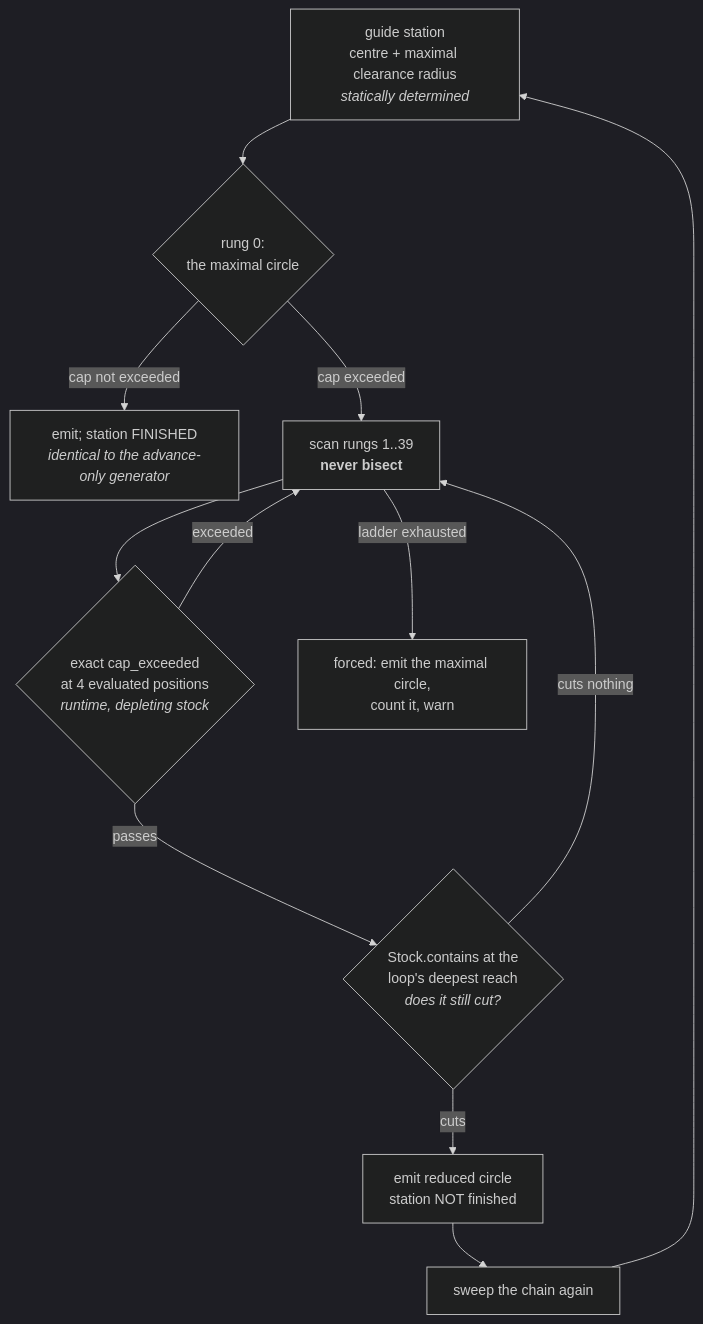
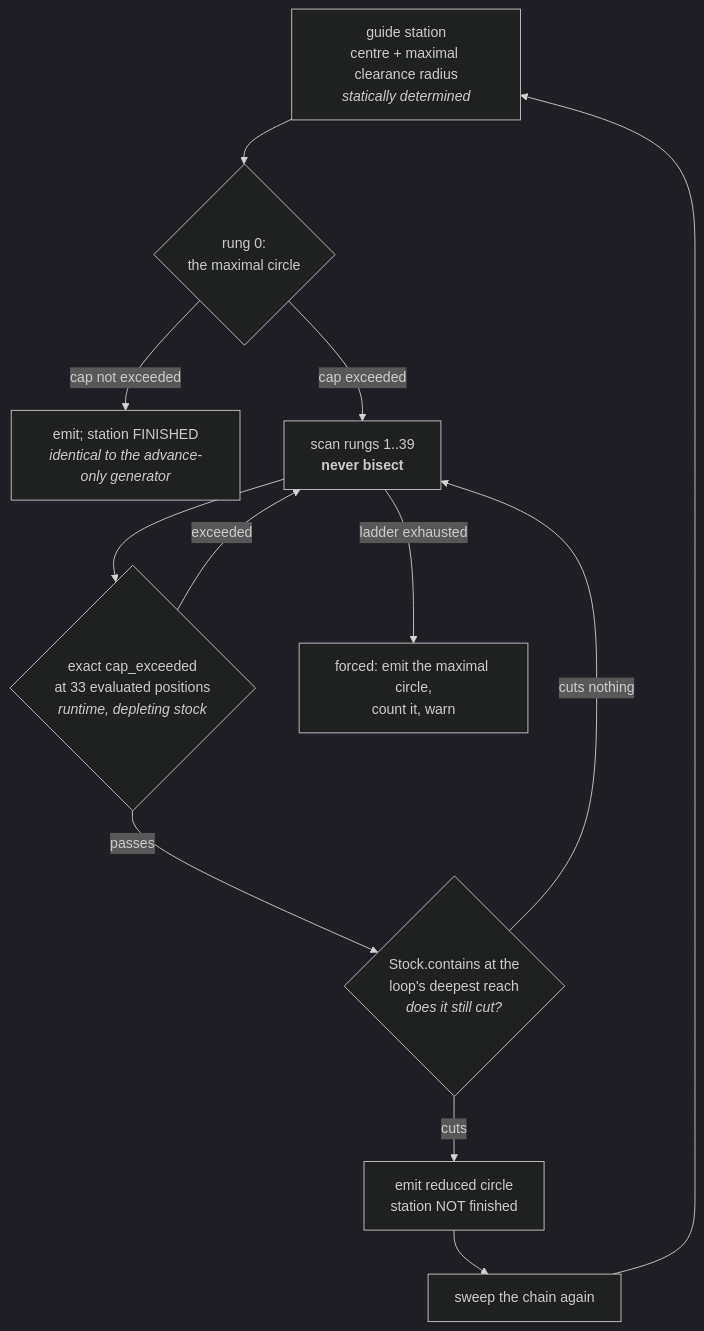
Before and after one commit to jf---/compas_cgal: the diagram in docs/radius_regulated_toolpath.md, drawn with Mermaid (dark theme). The commit also changed other lines of this file and 5 other files, not shown here.

````diff
--- a/docs/radius_regulated_toolpath.md
+++ b/docs/radius_regulated_toolpath.md
@@ -59,14 +73,14 @@
 ```mermaid
 flowchart TD
     A["guide station<br/>centre + maximal clearance radius<br/><i>statically determined</i>"] --> B{"rung 0:<br/>the maximal circle"}
     B -->|"cap not exceeded"| E["emit; station FINISHED<br/><i>identical to the advance-only generator</i>"]
     B -->|"cap exceeded"| C["scan rungs 1..39<br/><b>never bisect</b>"]
-    C --> D{"exact cap_exceeded<br/>at 4 evaluated positions<br/><i>runtime, depleting stock</i>"}
+    C --> D{"exact cap_exceeded<br/>at 33 evaluated positions<br/><i>runtime, depleting stock</i>"}
     D -->|"exceeded"| C
     D -->|"passes"| F{"Stock.contains at the<br/>loop's deepest reach<br/><i>does it still cut?</i>"}
     F -->|"cuts nothing"| C
     F -->|"cuts"| G["emit reduced circle<br/>station NOT finished"]
     C -->|"ladder exhausted"| H["forced: emit the maximal circle,<br/>count it, warn"]
     G --> I["sweep the chain again"]
     I --> A
 ```
````
